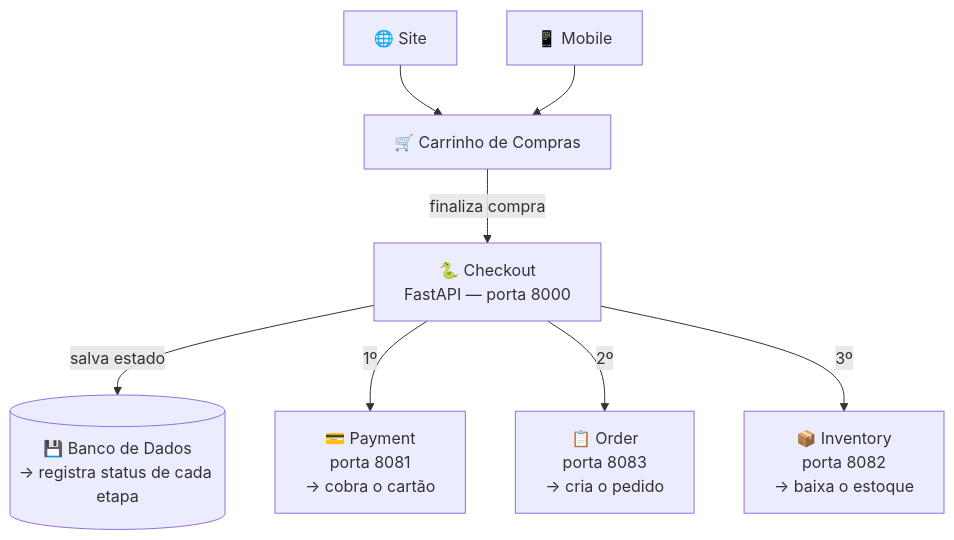
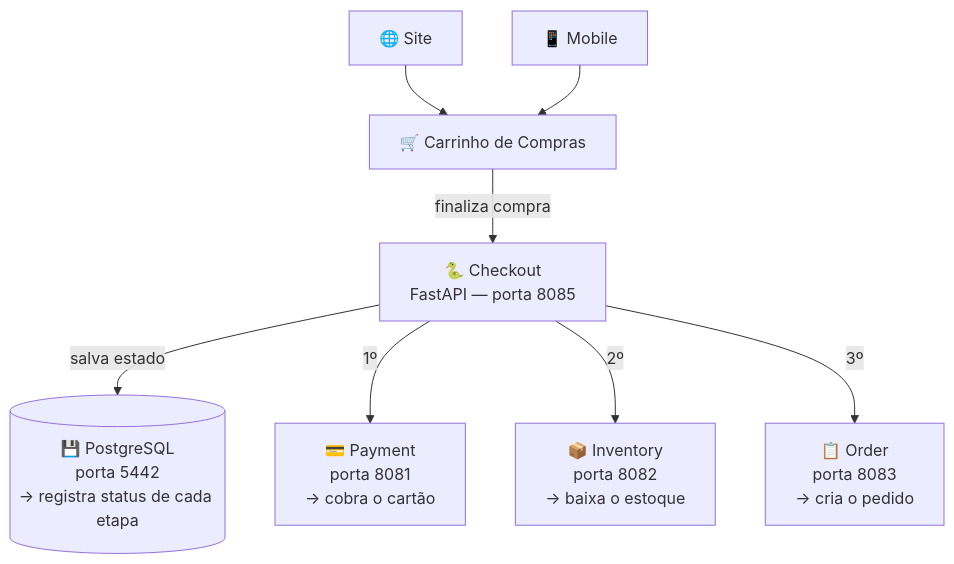
The diagram in README.md (dgeison/microsservicos-checkout-api), drawn with Mermaid before and after one commit.

Commit message:
docs: corrige diagrama Mermaid no README
- Ordem corrigida: 1º Payment, 2º Inventory, 3º Order
- Porta do Checkout atualizada para 8085
- Banco identificado como PostgreSQL porta 5442

````diff
--- a/README.md
+++ b/README.md
@@ -12,19 +12,19 @@
 ```mermaid
 flowchart TD
     Site["🌐 Site"]
     Mobile["📱 Mobile"]
     Carrinho["🛒 Carrinho de Compras"]
-    Checkout["🐍 Checkout\nFastAPI — porta 8000"]
-    DB[("💾 Banco de Dados\n→ registra status de cada etapa")]
+    Checkout["🐍 Checkout\nFastAPI — porta 8085"]
+    DB[("💾 PostgreSQL\nporta 5442\n→ registra status de cada etapa")]
     Payment["💳 Payment\nporta 8081\n→ cobra o cartão"]
+    Inventory["📦 Inventory\nporta 8082\n→ baixa o estoque"]
     Order["📋 Order\nporta 8083\n→ cria o pedido"]
-    Inventory["📦 Inventory\nporta 8082\n→ baixa o estoque"]
 
     Site --> Carrinho
     Mobile --> Carrinho
     Carrinho -->|"finaliza compra"| Checkout
     Checkout -->|"salva estado"| DB
     Checkout -->|"1º"| Payment
-    Checkout -->|"2º"| Order
-    Checkout -->|"3º"| Inventory
+    Checkout -->|"2º"| Inventory
+    Checkout -->|"3º"| Order
 ```
````
